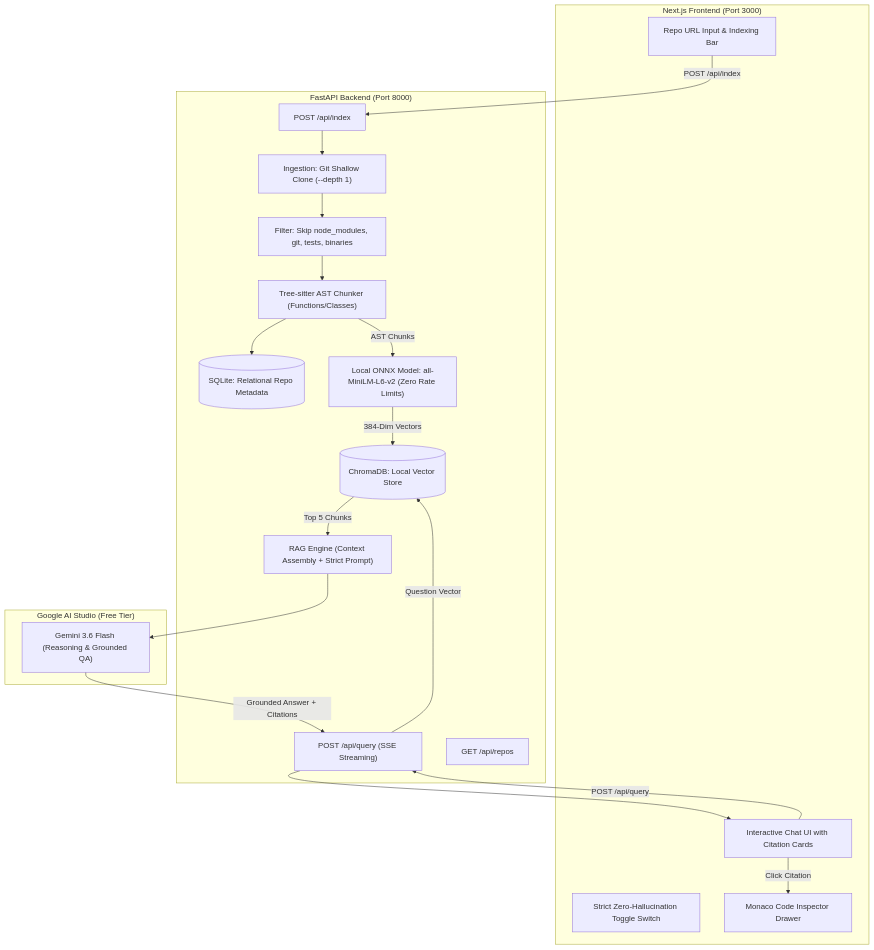
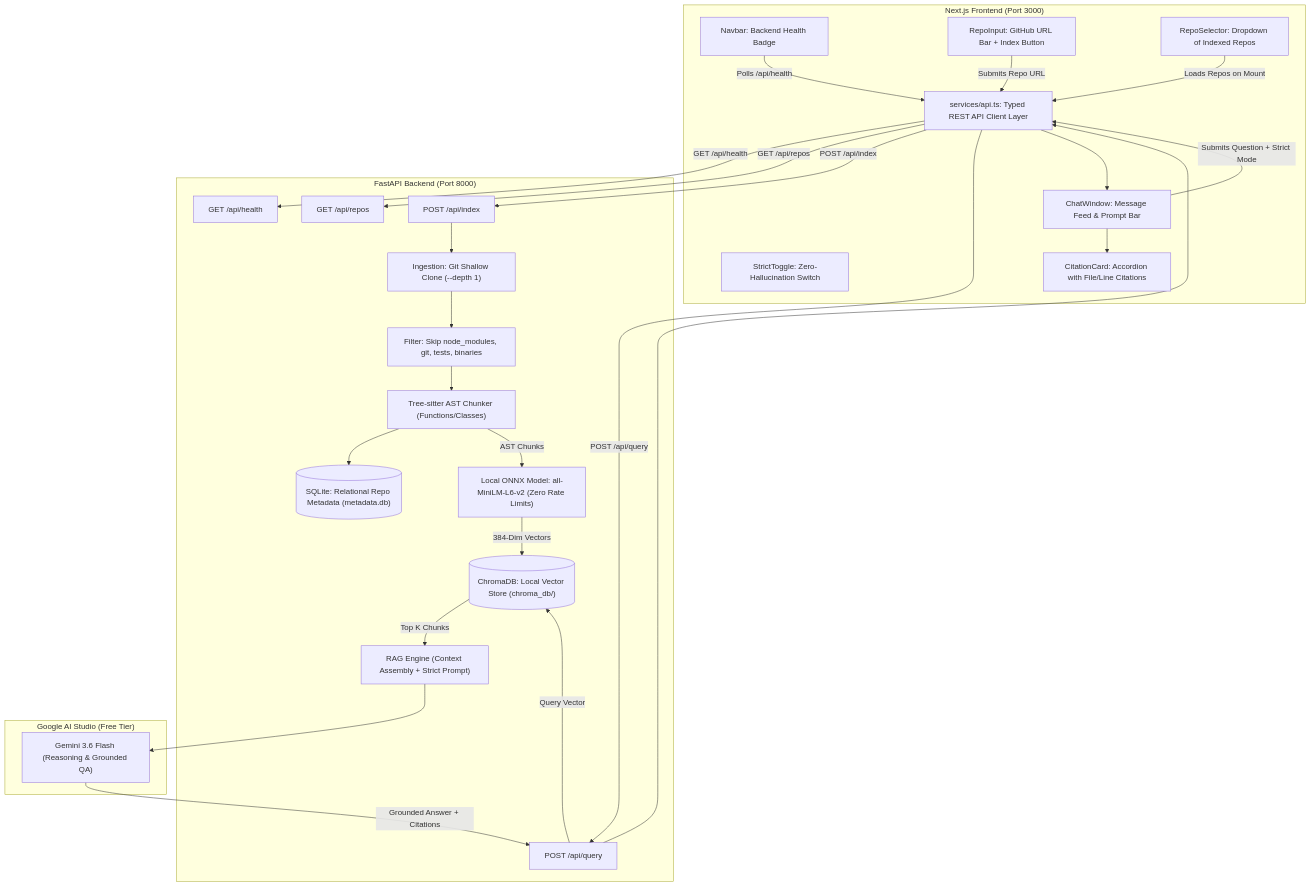
Before and after one commit to Priyansh-hehe/repo-query-assistant: the diagram in implementation_plan.md, drawn with Mermaid. The commit also changed other lines of this file and 19 other files, not shown here.

````diff
--- a/implementation_plan.md
+++ b/implementation_plan.md
@@ -9,41 +9,52 @@
 ```mermaid
 flowchart TD
     subgraph Frontend ["Next.js Frontend (Port 3000)"]
-        UI_Input["Repo URL Input & Indexing Bar"]
-        UI_Chat["Interactive Chat UI with Citation Cards"]
-        UI_Toggle["Strict Zero-Hallucination Toggle Switch"]
-        UI_Drawer["Monaco Code Inspector Drawer"]
+        UI_Nav["Navbar: Backend Health Badge"]
+        UI_Input["RepoInput: GitHub URL Bar + Index Button"]
+        UI_Select["RepoSelector: Dropdown of Indexed Repos"]
+        UI_Toggle["StrictToggle: Zero-Hallucination Switch"]
+        UI_Chat["ChatWindow: Message Feed & Prompt Bar"]
+        UI_Cards["CitationCard: Accordion with File/Line Citations"]
+        API_Client["services/api.ts: Typed REST API Client Layer"]
     end
 
     subgraph Backend ["FastAPI Backend (Port 8000)"]
+        API_Health["GET /api/health"]
+        API_Repos["GET /api/repos"]
         API_Index["POST /api/index"]
-        API_Query["POST /api/query (SSE Streaming)"]
-        API_Repos["GET /api/repos"]
+        API_Query["POST /api/query"]
         
         Ingest["Ingestion: Git Shallow Clone (--depth 1)"]
         Filter["Filter: Skip node_modules, git, tests, binaries"]
         Parser["Tree-sitter AST Chunker (Functions/Classes)"]
-        SQLite[("SQLite: Relational Repo Metadata")]
+        SQLite[("SQLite: Relational Repo Metadata (metadata.db)")]
         ONNX["Local ONNX Model: all-MiniLM-L6-v2 (Zero Rate Limits)"]
-        Chroma[("ChromaDB: Local Vector Store")]
+        Chroma[("ChromaDB: Local Vector Store (chroma_db/)")]
         RAG["RAG Engine (Context Assembly + Strict Prompt)"]
     end
 
     subgraph Cloud ["Google AI Studio (Free Tier)"]
         Flash["Gemini 3.6 Flash (Reasoning & Grounded QA)"]
     end
 
-    UI_Input -->|"POST /api/index"| API_Index
+    UI_Nav -->|"Polls /api/health"| API_Client
+    UI_Input -->|"Submits Repo URL"| API_Client
+    UI_Select -->|"Loads Repos on Mount"| API_Client
+    UI_Chat -->|"Submits Question + Strict Mode"| API_Client
+
+    API_Client -->|"GET /api/health"| API_Health
+    API_Client -->|"GET /api/repos"| API_Repos
+    API_Client -->|"POST /api/index"| API_Index
+    API_Client -->|"POST /api/query"| API_Query
+
     API_Index --> Ingest --> Filter --> Parser
     Parser --> SQLite
     Parser -->|"AST Chunks"| ONNX
     ONNX -->|"384-Dim Vectors"| Chroma
 
-    UI_Chat -->|"POST /api/query"| API_Query
-    API_Query -->|"Question Vector"| Chroma
-    Chroma -->|"Top 5 Chunks"| RAG
+    API_Query -->|"Query Vector"| Chroma
+    Chroma -->|"Top K Chunks"| RAG
     RAG --> Flash
     Flash -->|"Grounded Answer + Citations"| API_Query
-    API_Query --> UI_Chat
-    UI_Chat -->|"Click Citation"| UI_Drawer
+    API_Query --> API_Client --> UI_Chat --> UI_Cards
 ```
````
